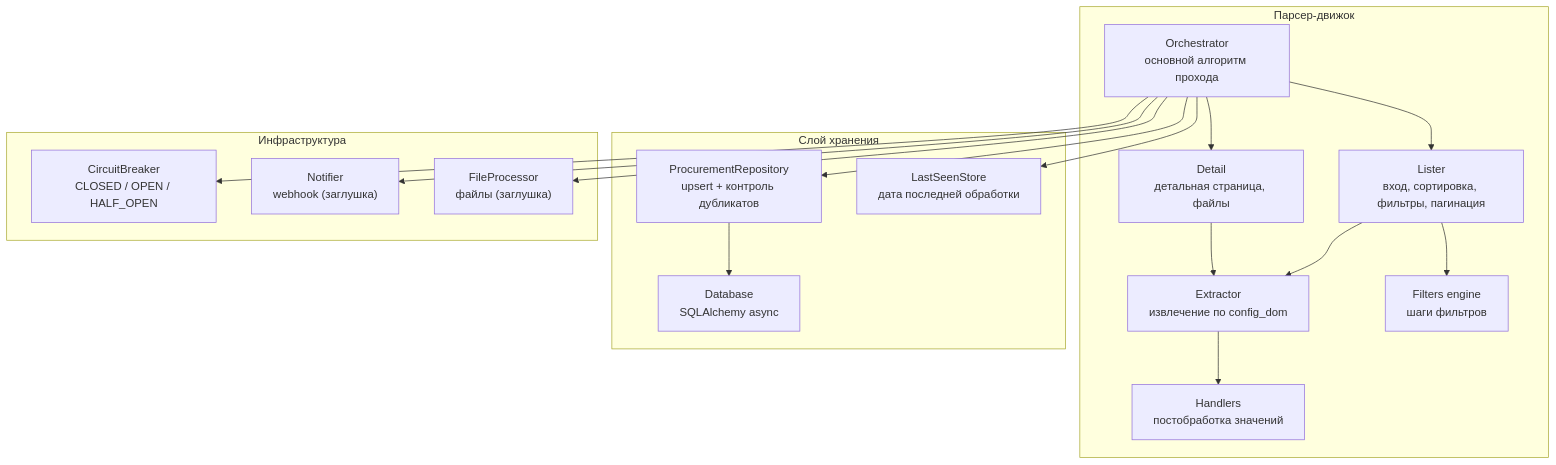
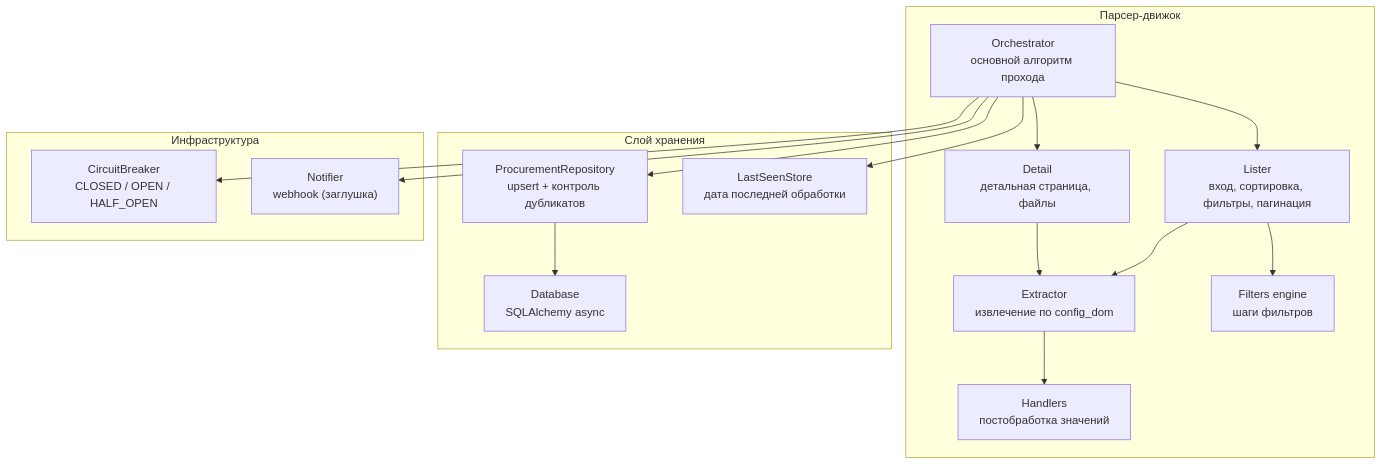
One commit to igorvolk1961/zakupki_parser changed the diagram in docs/c4/component.md. Above: the diagram before and after it, drawn with Mermaid. The commit also changed 9 other files, not shown here.

````diff
--- a/docs/c4/component.md
+++ b/docs/c4/component.md
@@ -5,36 +5,34 @@
 ```mermaid
 flowchart TB
     subgraph Engine["Парсер-движок"]
         ORC["Orchestrator<br/>основной алгоритм прохода"]
         LST["Lister<br/>вход, сортировка, фильтры, пагинация"]
         EXT["Extractor<br/>извлечение по config_dom"]
         DET["Detail<br/>детальная страница, файлы"]
         FLT["Filters engine<br/>шаги фильтров"]
         HND["Handlers<br/>постобработка значений"]
     end
 
     subgraph Store["Слой хранения"]
         REPO["ProcurementRepository<br/>upsert + контроль дубликатов"]
         DB["Database<br/>SQLAlchemy async"]
         LS["LastSeenStore<br/>дата последней обработки"]
     end
 
     subgraph Infra["Инфраструктура"]
         CB["CircuitBreaker<br/>CLOSED / OPEN / HALF_OPEN"]
         NOT["Notifier<br/>webhook (заглушка)"]
-        FPR["FileProcessor<br/>файлы (заглушка)"]
     end
 
     ORC --> LST
     LST --> FLT
     LST --> EXT
     ORC --> DET
     DET --> EXT
     EXT --> HND
     ORC --> REPO
     REPO --> DB
     ORC --> LS
     ORC --> CB
     ORC --> NOT
-    ORC --> FPR
 ```
````
